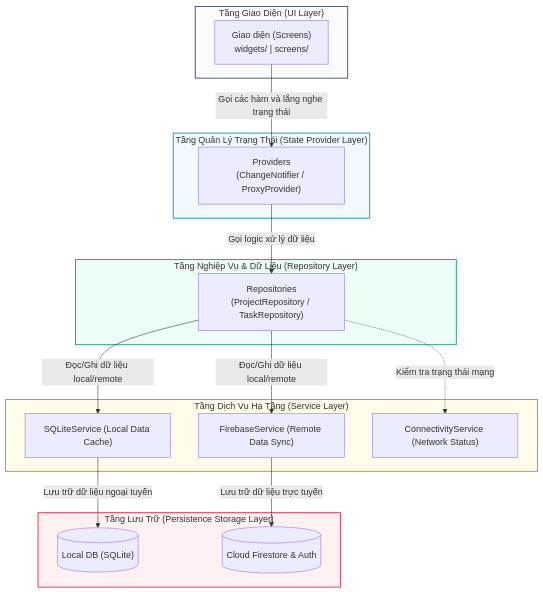
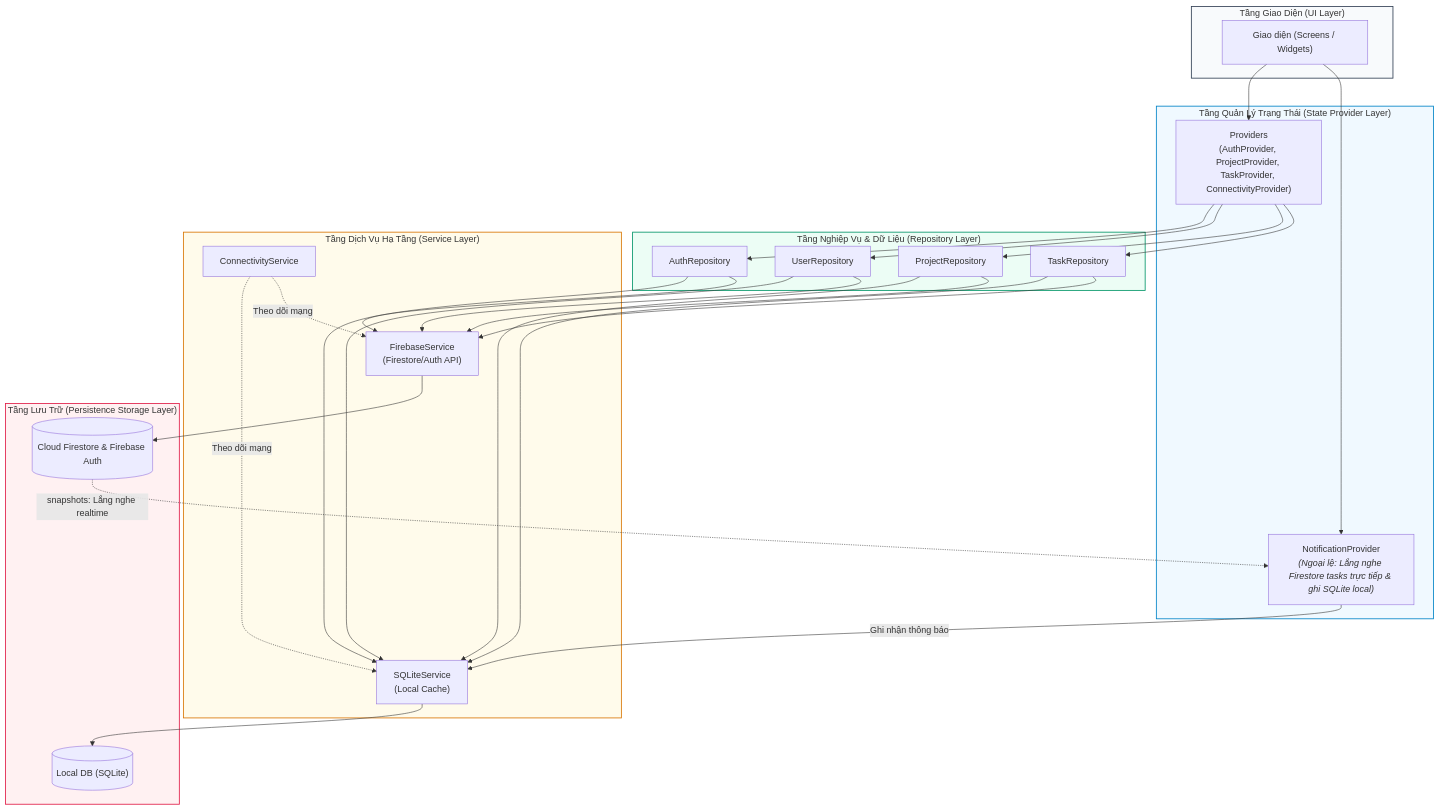
The fourth of 8 diagrams in docs/TaskFlow_Diagrams.md (ttt-huong/TaskFlow_Huong_Thuong_Cuong_N03_1_2026), drawn with Mermaid before and after one commit. The commit also changed other lines of this file, not shown here.

Commit message:
docs: refine architecture diagram layers, add notification flows, and update deployment notes

````diff
--- a/docs/TaskFlow_Diagrams.md
+++ b/docs/TaskFlow_Diagrams.md
@@ -170,40 +173,55 @@
 ```mermaid
 flowchart TD
     subgraph UI_Layer ["Tầng Giao Diện (UI Layer)"]
-        Screens["Giao diện (Screens)<br>widgets/ | screens/"]
+        Screens["Giao diện (Screens / Widgets)"]
     end
 
     subgraph State_Layer ["Tầng Quản Lý Trạng Thái (State Provider Layer)"]
-        Providers["Providers<br>(ChangeNotifier / ProxyProvider)"]
+        Providers["Providers<br>(AuthProvider, ProjectProvider, TaskProvider, ConnectivityProvider)"]
+        NotifProvider["NotificationProvider<br><i>(Ngoại lệ: Lắng nghe Firestore tasks trực tiếp & ghi SQLite local)</i>"]
     end
 
     subgraph Repos_Layer ["Tầng Nghiệp Vụ & Dữ Liệu (Repository Layer)"]
-        Repositories["Repositories<br>(ProjectRepository / TaskRepository)"]
+        AuthRepo["AuthRepository"]
+        UserRepo["UserRepository"]
+        ProjRepo["ProjectRepository"]
+        TaskRepo["TaskRepository"]
     end
 
     subgraph Service_Layer ["Tầng Dịch Vụ Hạ Tầng (Service Layer)"]
-        SQLiteService["SQLiteService (Local Data Cache)"]
-        FirebaseService["FirebaseService (Remote Data Sync)"]
-        ConnectivityService["ConnectivityService (Network Status)"]
+        SQLiteService["SQLiteService<br>(Local Cache)"]
+        FirebaseService["FirebaseService<br>(Firestore/Auth API)"]
+        ConnectivityService["ConnectivityService"]
     end
 
     subgraph Persistence_Layer ["Tầng Lưu Trữ (Persistence Storage Layer)"]
         LocalDB[("Local DB (SQLite)")]
-        RemoteDB[("Cloud Firestore & Auth")]
+        RemoteDB[("Cloud Firestore & Firebase Auth")]
     end
 
-    Screens --> |Gọi các hàm và lắng nghe trạng thái| Providers
-    Providers --> |Gọi logic xử lý dữ liệu| Repositories
-    Repositories --> |Đọc/Ghi dữ liệu local/remote| SQLiteService
-    Repositories --> |Đọc/Ghi dữ liệu local/remote| FirebaseService
-    Repositories -.-> |Kiểm tra trạng thái mạng| ConnectivityService
-    SQLiteService --> |Lưu trữ dữ liệu ngoại tuyến| LocalDB
-    FirebaseService --> |Lưu trữ dữ liệu trực tuyến| RemoteDB
+    %% Luồng đi chuẩn: UI -> Provider -> Repository -> Service -> Firebase/SQLite
+    Screens --> Providers
+    Providers --> AuthRepo
+    Providers --> UserRepo
+    Providers --> ProjRepo
+    Providers --> TaskRepo
+
+    AuthRepo & UserRepo & ProjRepo & TaskRepo --> SQLiteService
+    AuthRepo & UserRepo & ProjRepo & TaskRepo --> FirebaseService
+    
+    %% Luồng đi của ngoại lệ Notification
+    Screens --> NotifProvider
+    RemoteDB -.-> |snapshots: Lắng nghe realtime| NotifProvider
+    NotifProvider --> |Ghi nhận thông báo| SQLiteService
+
+    SQLiteService --> LocalDB
+    FirebaseService --> RemoteDB
+    ConnectivityService -.-> |Theo dõi mạng| SQLiteService & FirebaseService
 
     %% CSS Styling
     style UI_Layer fill:#f8fafc,stroke:#334155,stroke-width:1.5px
     style State_Layer fill:#f0f9ff,stroke:#0284c7,stroke-width:1.5px
     style Repos_Layer fill:#ecfdf5,stroke:#059669,stroke-width:1.5px
     style Service_Layer fill:#fffbeb,stroke:#d97706,stroke-width:1.5px
     style Persistence_Layer fill:#fff1f2,stroke:#e11d48,stroke-width:1.5px
 ```
````
